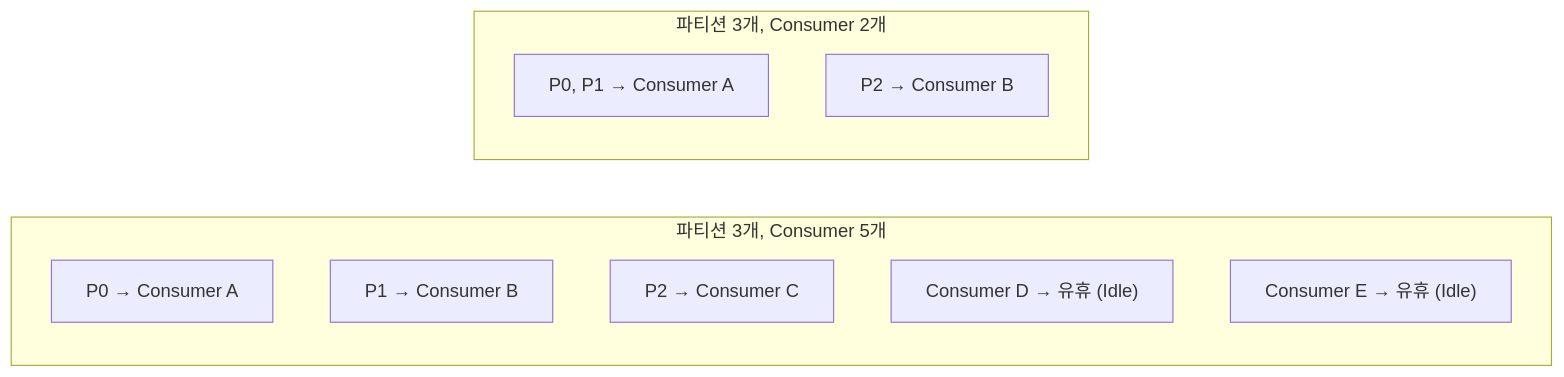
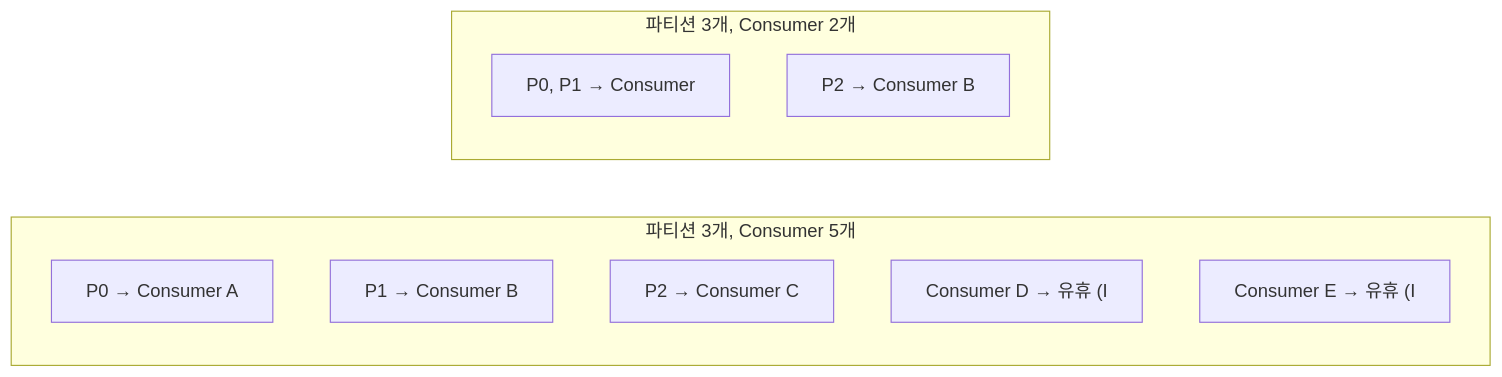
The second of 7 diagrams in _posts/kafka/2026-05-01-kafka-consumer-deep.md (yjkim2015/yjkim2015.github.io), drawn with Mermaid before and after one commit. The commit also changed other lines of this file and 271 other files, not shown here.

First line of the commit message:
Mermaid 라벨 축소: 긴 노드 텍스트 18자 이하로 트림 + \n 제거

````diff
--- a/_posts/kafka/2026-05-01-kafka-consumer-deep.md
+++ b/_posts/kafka/2026-05-01-kafka-consumer-deep.md
@@ -45,14 +45,14 @@
 ```mermaid
 flowchart LR
     subgraph "파티션 3개, Consumer 5개"
         PA["P0 → Consumer A"]
         PB["P1 → Consumer B"]
         PC["P2 → Consumer C"]
-        PD["Consumer D → 유휴 (Idle)"]
-        PE["Consumer E → 유휴 (Idle)"]
+        PD["Consumer D → 유휴 (I"]
+        PE["Consumer E → 유휴 (I"]
     end
     subgraph "파티션 3개, Consumer 2개"
-        Q1["P0, P1 → Consumer A"]
+        Q1["P0, P1 → Consumer"]
         Q2["P2 → Consumer B"]
     end
 ```
````
